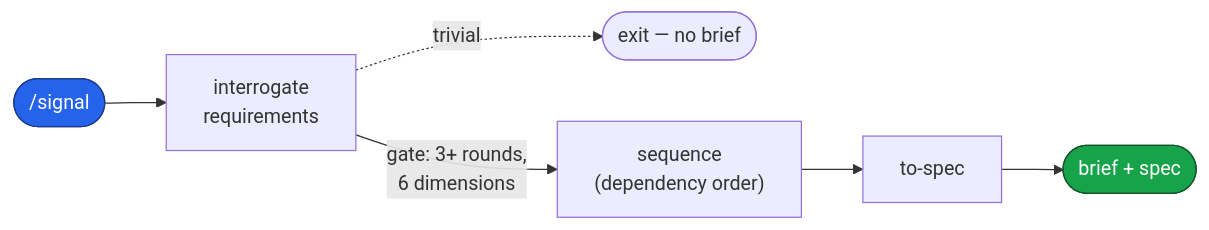
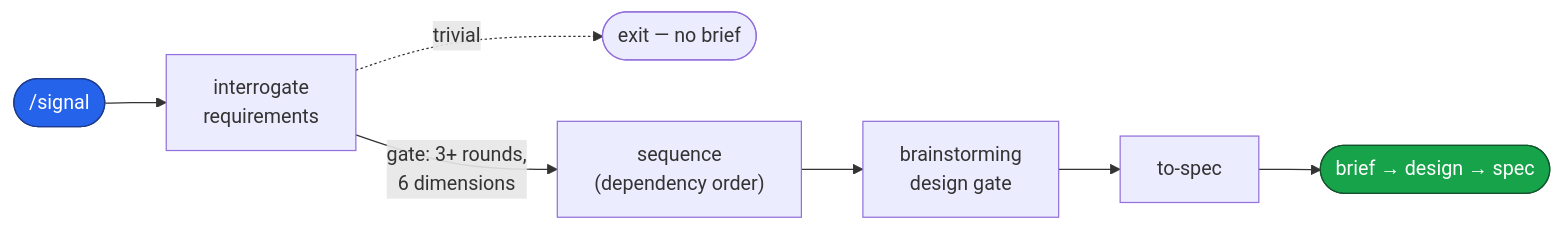
One commit to dashworthy/engineering changed the second of 5 diagrams in README.md. Above: the diagram before and after it, drawn with Mermaid. The commit also changed other lines of this file and 1 other file, not shown here.

Commit message:
docs: brainstorming auto-invoke note; signal sub-diagram shows the gate

````diff
--- a/README.md
+++ b/README.md
@@ -59,11 +61,12 @@
 ```mermaid
 flowchart LR
     classDef entry fill:#2563eb,stroke:#1e3a8a,color:#fff
     classDef done fill:#16a34a,stroke:#14532d,color:#fff
 
     S(["/signal"]):::entry --> S1["interrogate<br/>requirements"]
     S1 -. "trivial" .-> X(["exit — no brief"])
     S1 -->|"gate: 3+ rounds,<br/>6 dimensions"| S2["sequence<br/>(dependency order)"]
-    S2 --> SP["to-spec"]
-    SP --> STOP(["brief + spec"]):::done
+    S2 --> BR["brainstorming<br/>design gate"]
+    BR --> SP["to-spec"]
+    SP --> STOP(["brief → design → spec"]):::done
 ```
````
